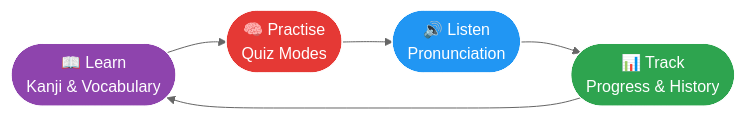
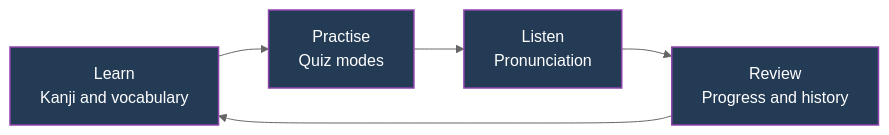
One commit to ayush13-0/N5-Kanji-Dojo changed the diagram in README.md. Above: the diagram before and after it, drawn with Mermaid (neutral theme). The commit also changed other lines of this file, not shown here.

````diff
--- a/README.md
+++ b/README.md
@@ -107,12 +61,10 @@
 ```mermaid
 flowchart LR
-    A([📖 Learn<br>Kanji & Vocabulary]) --> B([🧠 Practise<br>Quiz Modes])
-    B --> C([🔊 Listen<br>Pronunciation])
-    C --> D([📊 Track<br>Progress & History])
+    A["Learn<br>Kanji and vocabulary"] --> B["Practise<br>Quiz modes"]
+    B --> C["Listen<br>Pronunciation"]
+    C --> D["Review<br>Progress and history"]
     D --> A
 
-    style A fill:#8E44AD,stroke:#fff,color:#fff
-    style B fill:#E53935,stroke:#fff,color:#fff
-    style C fill:#2196F3,stroke:#fff,color:#fff
-    style D fill:#2EA44F,stroke:#fff,color:#fff
+    classDef step fill:#243B55,stroke:#8E44AD,color:#ffffff,stroke-width:1.5px;
+    class A,B,C,D step;
 ```
````
